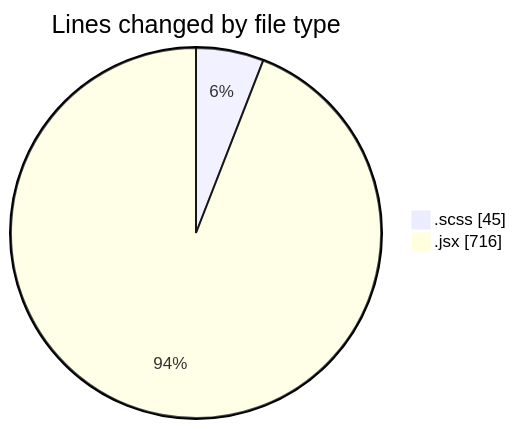
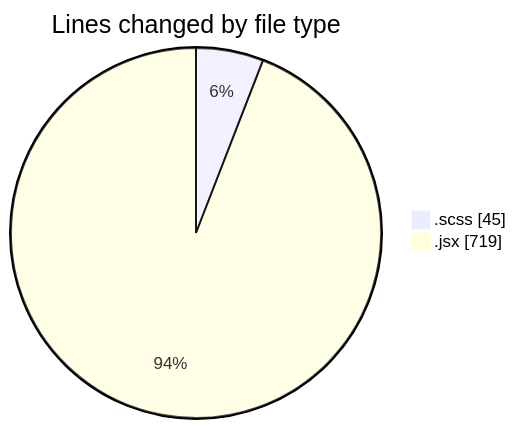
One commit to momahboobian/code-tracking changed the first of 2 diagrams in 2025-06-03/cda/README.md. Above: the diagram before and after it, drawn with Mermaid. The commit also changed other lines of this file and 1 other file, not shown here.

````diff
--- a/2025-06-03/cda/README.md
+++ b/2025-06-03/cda/README.md
@@ -22,6 +22,6 @@
 ```mermaid
 pie showData
 title Lines changed by file type
 ".scss" : 45
-".jsx" : 716
+".jsx" : 719
 ```
````
